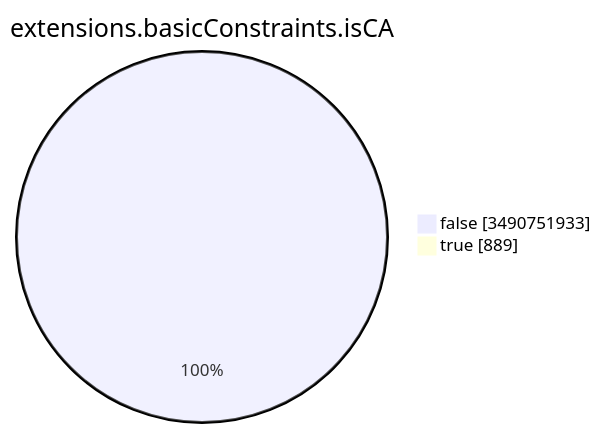
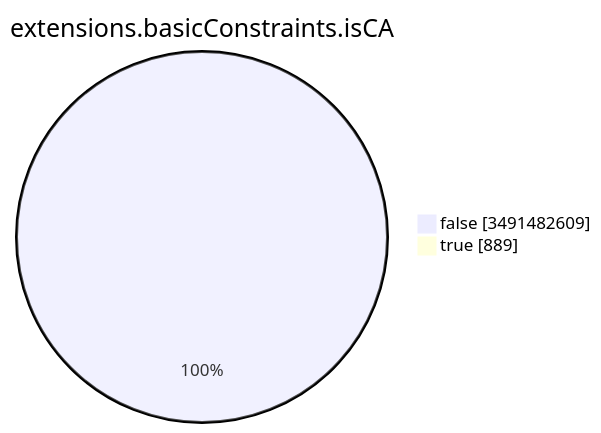
One commit to christiankrug/ctmonitor_visualization changed the seventh of 15 diagrams in TOTAL/README.md. Above: the diagram before and after it, drawn with Mermaid. The commit also changed other lines of this file, not shown here.

````diff
--- a/TOTAL/README.md
+++ b/TOTAL/README.md
@@ -3093,6 +3093,6 @@
 ```mermaid
 pie showData
 title extensions.basicConstraints.isCA
-"false" :3490751933
+"false" :3491482609
 "true" :889
 ```
````
